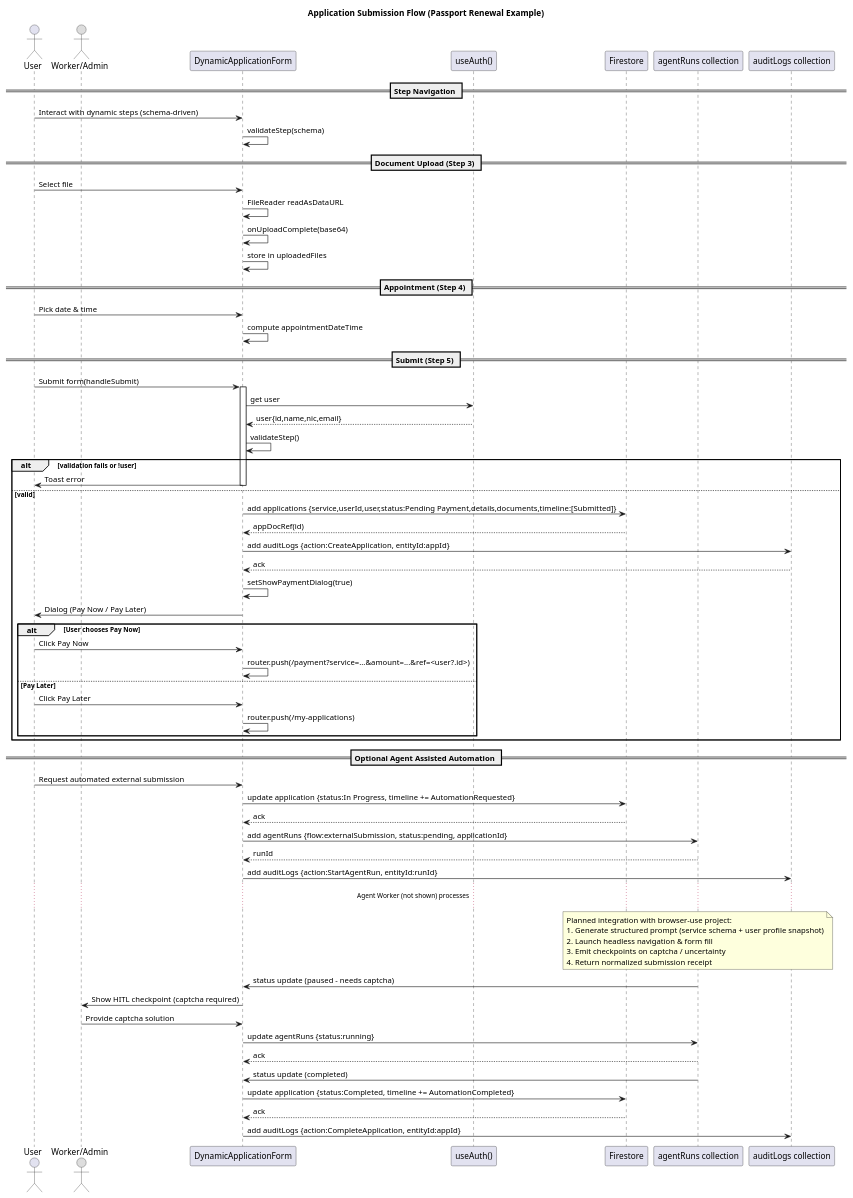
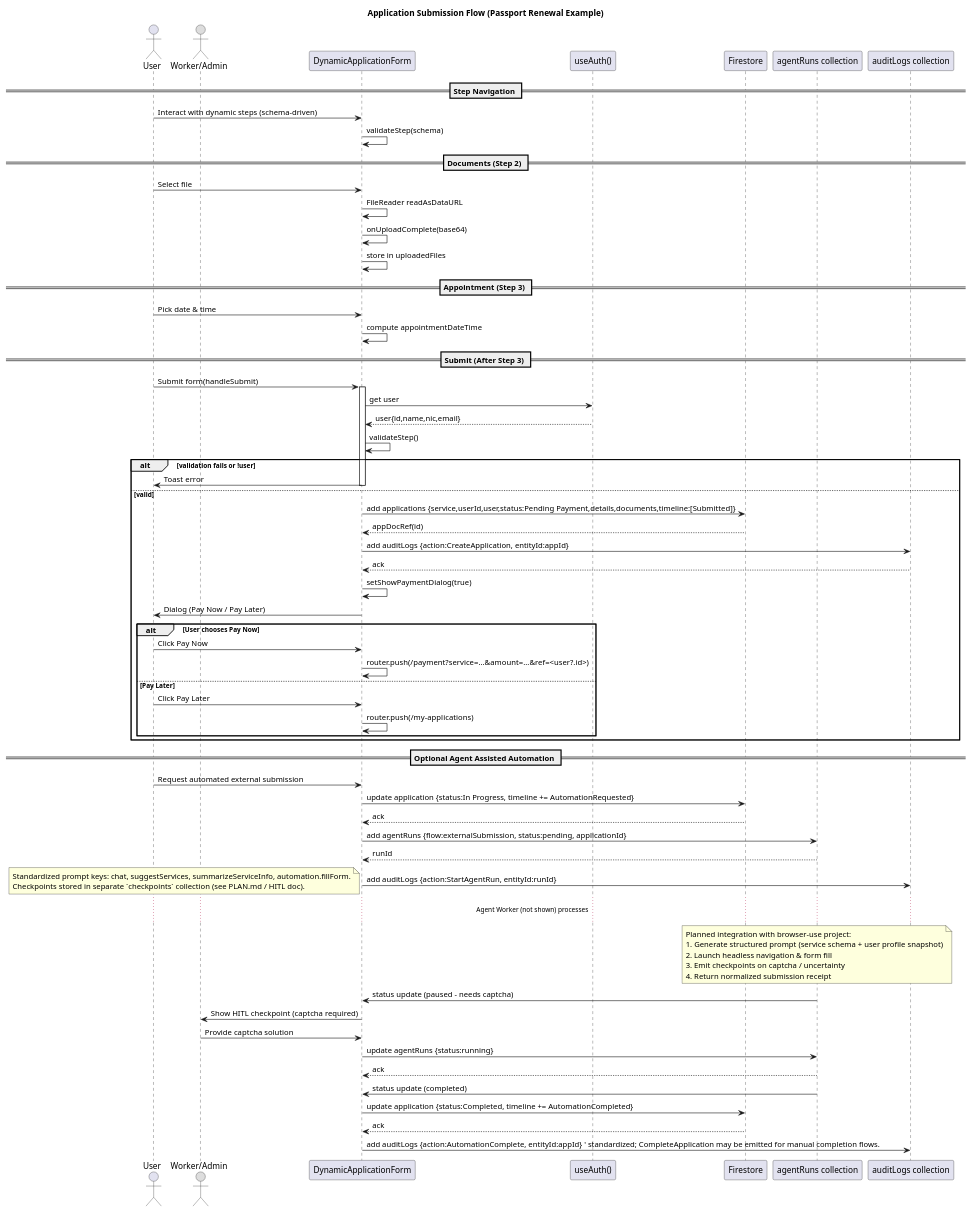
The diagram in docs/sequence-diagrams/application-submission-flow.puml (AdithyaSean/govconnect-sl), drawn with PlantUML before and after one commit. The commit also changed 9 other files, not shown here.

Commit message:
feat: Update documentation for checkpoints, data model, and automation flows

```diff
--- a/docs/sequence-diagrams/application-submission-flow.puml
+++ b/docs/sequence-diagrams/application-submission-flow.puml
@@ -1,78 +1,82 @@
 @startuml application_submission_flow
 title Application Submission Flow (Passport Renewal Example)
 ' =====================================================================
-' Based on passport-renewal-service.tsx multi-step form
+' Based on passport-renewal schema three-step form (personal, documents, appointment)
 ' =====================================================================
 actor User
 actor Admin as "Worker/Admin" #DDDDDD
 participant UI as "DynamicApplicationForm"
 participant Auth as "useAuth()"
 participant FS as "Firestore"
 participant AR as "agentRuns collection"
 participant AUD as "auditLogs collection"
 
 == Step Navigation ==
 User -> UI: Interact with dynamic steps (schema-driven)
 UI -> UI: validateStep(schema)
 
-== Document Upload (Step 3) ==
+== Documents (Step 2) ==
 User -> UI: Select file
 UI -> UI: FileReader readAsDataURL
 UI -> UI: onUploadComplete(base64)
 UI -> UI: store in uploadedFiles
 
-== Appointment (Step 4) ==
+== Appointment (Step 3) ==
 User -> UI: Pick date & time
 UI -> UI: compute appointmentDateTime
 
-== Submit (Step 5) ==
+== Submit (After Step 3) ==
 User -> UI: Submit form(handleSubmit)
 activate UI
 UI -> Auth: get user
 Auth --> UI: user{id,name,nic,email}
 UI -> UI: validateStep()
 alt validation fails or !user
   UI -> User: Toast error
   deactivate UI
 else valid
   UI -> FS: add applications {service,userId,user,status:Pending Payment,details,documents,timeline:[Submitted]}
   FS --> UI: appDocRef(id)
   UI -> AUD: add auditLogs {action:CreateApplication, entityId:appId}
   AUD --> UI: ack
   UI -> UI: setShowPaymentDialog(true)
   UI -> User: Dialog (Pay Now / Pay Later)
   alt User chooses Pay Now
     User -> UI: Click Pay Now
     UI -> UI: router.push(/payment?service=...&amount=...&ref=<user?.id>)
   else Pay Later
     User -> UI: Click Pay Later
     UI -> UI: router.push(/my-applications)
   end
   deactivate UI
 end
 
 == Optional Agent Assisted Automation ==
 User -> UI: Request automated external submission
 UI -> FS: update application {status:In Progress, timeline += AutomationRequested}
 FS --> UI: ack
 UI -> AR: add agentRuns {flow:externalSubmission, status:pending, applicationId}
 AR --> UI: runId
 UI -> AUD: add auditLogs {action:StartAgentRun, entityId:runId}
 ... Agent Worker (not shown) processes ...
 note over AR
  Planned integration with browser-use project:
  1. Generate structured prompt (service schema + user profile snapshot)
  2. Launch headless navigation & form fill
  3. Emit checkpoints on captcha / uncertainty
  4. Return normalized submission receipt
 end note
+note bottom
+ Standardized prompt keys: chat, suggestServices, summarizeServiceInfo, automation.fillForm.
+ Checkpoints stored in separate `checkpoints` collection (see PLAN.md / HITL doc).
+end note
 AR -> UI: status update (paused - needs captcha)
 UI -> Admin: Show HITL checkpoint (captcha required)
 Admin -> UI: Provide captcha solution
 UI -> AR: update agentRuns {status:running}
 AR --> UI: ack
 AR -> UI: status update (completed)
 UI -> FS: update application {status:Completed, timeline += AutomationCompleted}
 FS --> UI: ack
-UI -> AUD: add auditLogs {action:CompleteApplication, entityId:appId}
+UI -> AUD: add auditLogs {action:AutomationComplete, entityId:appId} ' standardized; CompleteApplication may be emitted for manual completion flows.
 @enduml
```
